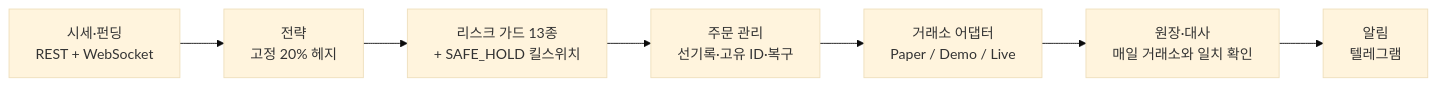
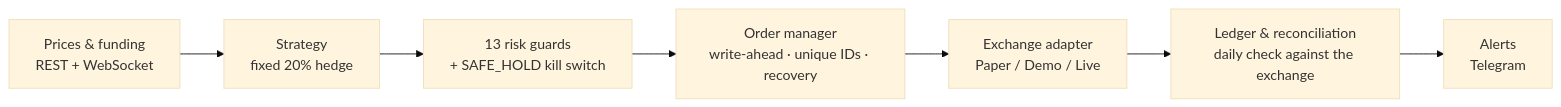
One commit to NUMEO-L33/btc-inventory-hedge-quant changed the diagram in README.md. Above: the diagram before and after it, drawn with Mermaid (base theme). The commit also changed other lines of this file and 43 other files, not shown here.

````diff
--- a/README.md
+++ b/README.md
@@ -71,9 +69,9 @@
 ```mermaid
 flowchart LR
-    MD["시세·펀딩<br/>REST + WebSocket"] --> ST["전략<br/>고정 20% 헤지"]
-    ST --> RK["리스크 가드 13종<br/>+ SAFE_HOLD 킬스위치"]
-    RK --> OM["주문 관리<br/>선기록·고유 ID·복구"]
-    OM --> AD["거래소 어댑터<br/>Paper / Demo / Live"]
-    AD --> LG["원장·대사<br/>매일 거래소와 일치 확인"]
-    LG --> AL["알림<br/>텔레그램"]
+    MD["Prices & funding<br/>REST + WebSocket"] --> ST["Strategy<br/>fixed 20% hedge"]
+    ST --> RK["13 risk guards<br/>+ SAFE_HOLD kill switch"]
+    RK --> OM["Order manager<br/>write-ahead · unique IDs · recovery"]
+    OM --> AD["Exchange adapter<br/>Paper / Demo / Live"]
+    AD --> LG["Ledger & reconciliation<br/>daily check against the exchange"]
+    LG --> AL["Alerts<br/>Telegram"]
 ```
````
